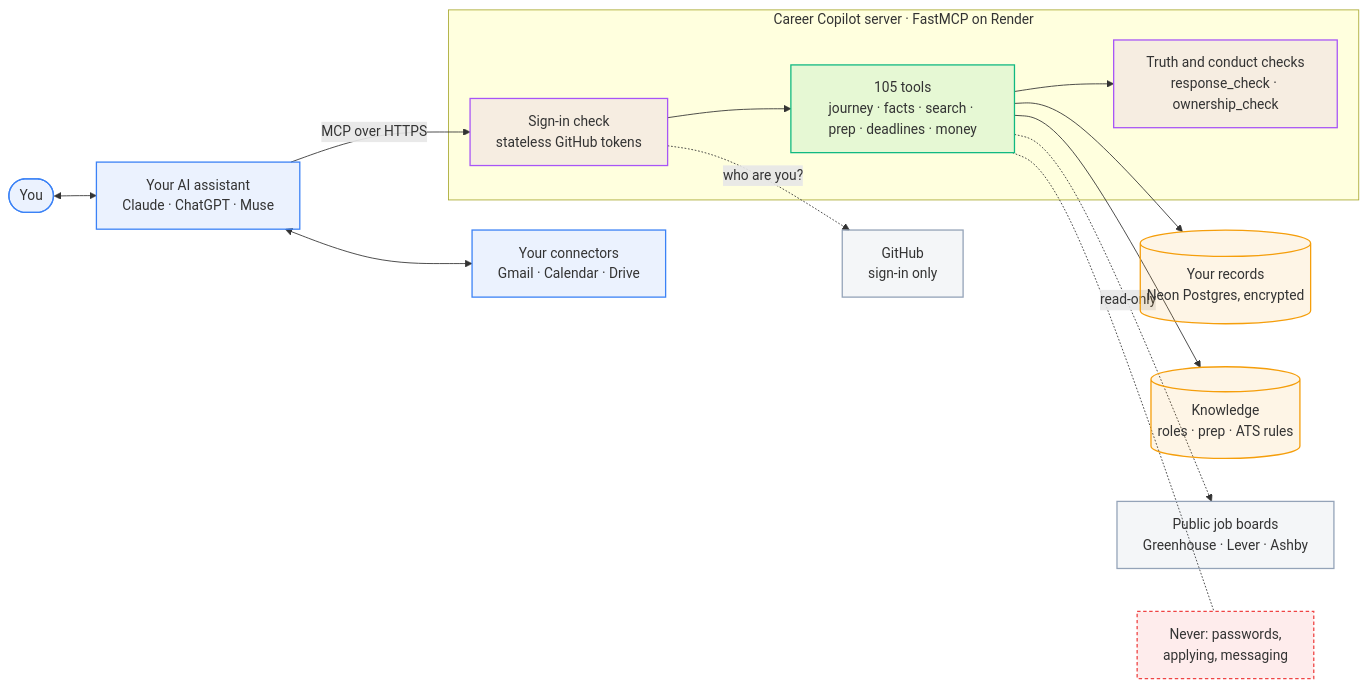
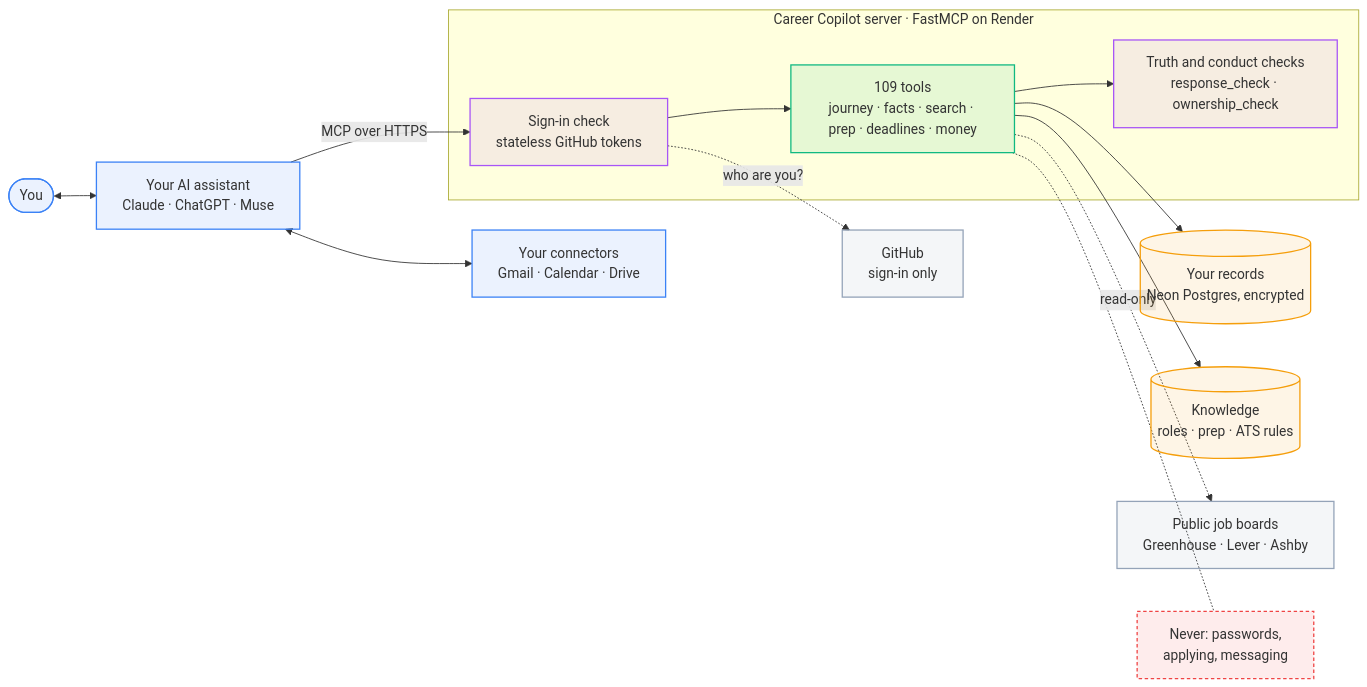
Before and after one commit to TusharSamantaray/career-copilot-mcp: the first of 9 diagrams in docs/ARCHITECTURE.md, drawn with Mermaid. The commit also changed 13 other files, not shown here.

````diff
--- a/docs/ARCHITECTURE.md
+++ b/docs/ARCHITECTURE.md
@@ -42,35 +42,35 @@
 ```mermaid
 flowchart LR
   classDef person fill:#3B82F61A,stroke:#3B82F6,stroke-width:1.5px
   classDef copilot fill:#10B9811A,stroke:#10B981,stroke-width:1.5px
   classDef store fill:#F59E0B1A,stroke:#F59E0B,stroke-width:1.5px
   classDef ext fill:#94A3B81A,stroke:#94A3B8,stroke-width:1.5px
   classDef guard fill:#A855F71A,stroke:#A855F7,stroke-width:1.5px
   classDef never fill:#EF44441A,stroke:#EF4444,stroke-width:1.5px,stroke-dasharray:4 3
 
   you(["You"]):::person
   ai["Your AI assistant<br/>Claude · ChatGPT · Muse"]:::person
   own["Your connectors<br/>Gmail · Calendar · Drive"]:::person
 
   subgraph server["Career Copilot server · FastMCP on Render"]
     auth["Sign-in check<br/>stateless GitHub tokens"]:::guard
-    tools["105 tools<br/>journey · facts · search · prep · deadlines · money"]:::copilot
+    tools["109 tools<br/>journey · facts · search · prep · deadlines · money"]:::copilot
     checks["Truth and conduct checks<br/>response_check · ownership_check"]:::guard
   end
 
   db[("Your records<br/>Neon Postgres, encrypted")]:::store
   kb[("Knowledge<br/>roles · prep · ATS rules")]:::store
   gh["GitHub<br/>sign-in only"]:::ext
   boards["Public job boards<br/>Greenhouse · Lever · Ashby"]:::ext
   never["Never: passwords,<br/>applying, messaging"]:::never
 
   you <--> ai
   ai <--> own
   ai -- "MCP over HTTPS" --> auth --> tools
   tools --> checks
   tools --> db
   tools --> kb
   auth -. "who are you?" .-> gh
   tools -. "read-only" .-> boards
   tools -.- never
 ```
````
